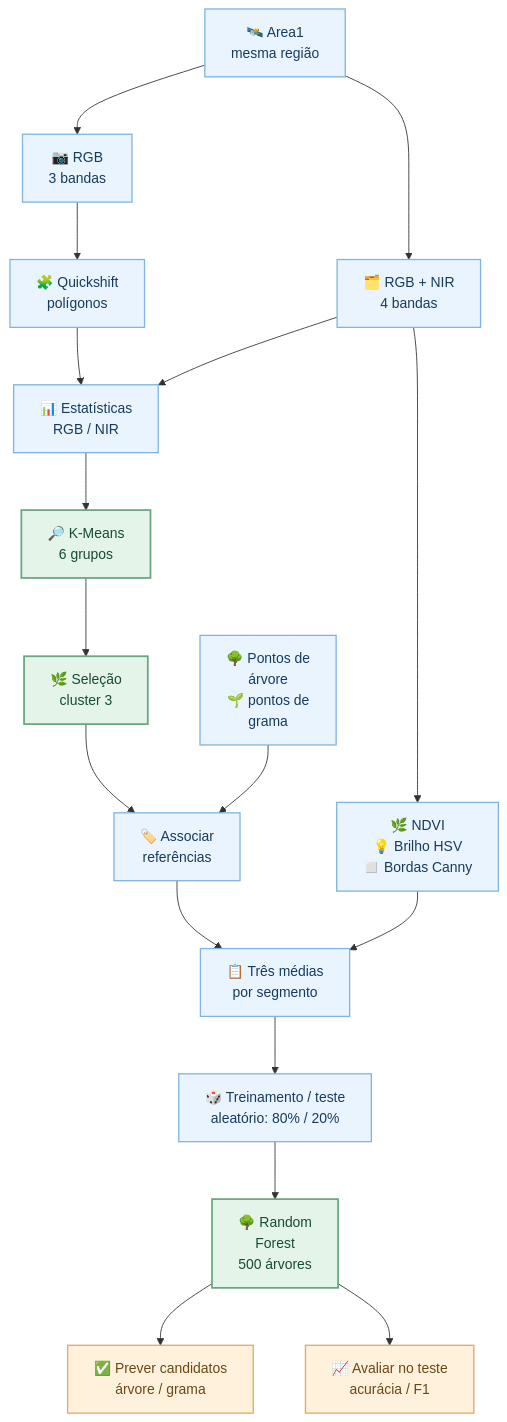
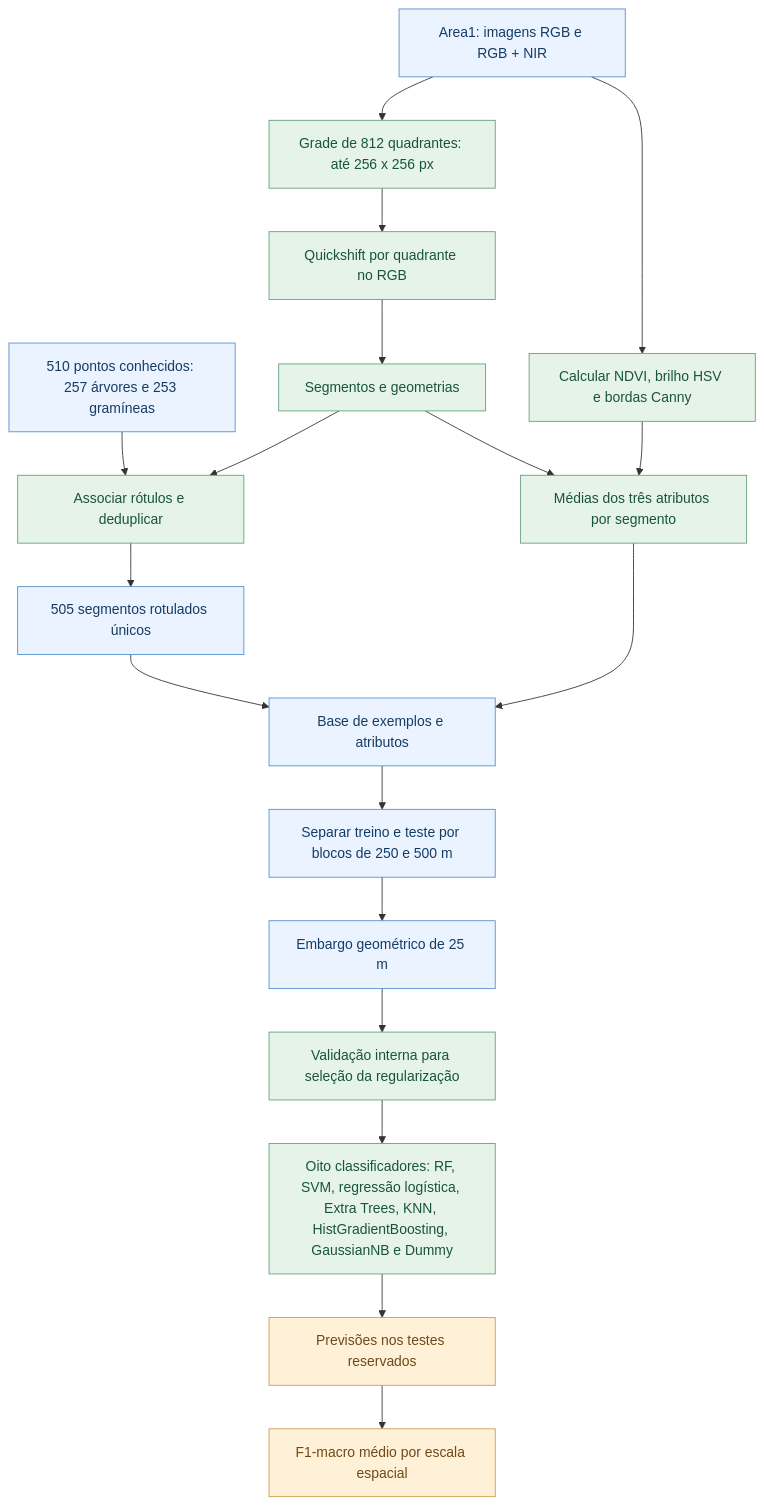
Before and after one commit to BrenoBragaGalvao/mestrado-arvores-urbanas: the diagram in README.md, drawn with Mermaid. The commit also changed other lines of this file, not shown here.

Commit message:
docs(readme): rebuild research narrative around 812-quadrant Quickshift classification and two proposals

````diff
--- a/README.md
+++ b/README.md
@@ -142,27 +128,26 @@
 ```mermaid
-%%{init: {"flowchart": {"nodeSpacing": 60, "rankSpacing": 66}, "themeVariables": {"fontFamily": "Arial, sans-serif", "fontSize": "16px"}}}%%
 flowchart TD
-    A["🛰️ Area1<br/>mesma região"] --> B["📷 RGB<br/>3 bandas"]
-    A --> C["🗂️ RGB + NIR<br/>4 bandas"]
-    B --> D["🧩 Quickshift<br/>polígonos"]
-    D --> E["📊 Estatísticas<br/>RGB / NIR"]
-    C --> E
-    E --> F["🔎 K-Means<br/>6 grupos"]
-    F --> G["🌿 Seleção<br/>cluster 3"]
-    G --> H["🏷️ Associar<br/>referências"]
-    P["🌳 Pontos de<br/>árvore<br/>🌱 pontos de<br/>grama"] --> H
-    C --> I["🌿 NDVI<br/>💡 Brilho HSV<br/>◻️ Bordas Canny"]
-    I --> J["📋 Três médias<br/>por segmento"]
-    H --> J
-    J --> T["🎲 Treinamento / teste<br/>aleatório: 80% / 20%"]
-    T --> K["🌳 Random<br/>Forest<br/>500 árvores"]
-    K --> L["✅ Prever candidatos<br/>árvore / grama"]
-    K --> M["📈 Avaliar no teste<br/>acurácia / F1"]
-
-    classDef dados fill:#eaf4ff,stroke:#80b4e2,color:#163b5d,stroke-width:1.5px;
-    classDef processamento fill:#e4f4e8,stroke:#67a681,color:#164b35,stroke-width:2px;
-    classDef resultados fill:#fff1db,stroke:#dcab68,color:#6b4714,stroke-width:1.5px;
-    class A,B,C,D,E,P,H,I,J,T dados;
-    class F,G,K processamento;
-    class L,M resultados;
+    A[Area1: imagens RGB e RGB + NIR] --> B[Grade de 812 quadrantes: até 256 x 256 px]
+    B --> C[Quickshift por quadrante no RGB]
+    C --> D[Segmentos e geometrias]
+    E[510 pontos conhecidos: 257 árvores e 253 gramíneas] --> F[Associar rótulos e deduplicar]
+    D --> F
+    F --> G[505 segmentos rotulados únicos]
+    A --> H[Calcular NDVI, brilho HSV e bordas Canny]
+    D --> I[Médias dos três atributos por segmento]
+    H --> I
+    G --> J[Base de exemplos e atributos]
+    I --> J
+    J --> K[Separar treino e teste por blocos de 250 e 500 m]
+    K --> L[Embargo geométrico de 25 m]
+    L --> M[Validação interna para seleção da regularização]
+    M --> N[Oito classificadores: RF, SVM, regressão logística, Extra Trees, KNN, HistGradientBoosting, GaussianNB e Dummy]
+    N --> O[Previsões nos testes reservados]
+    O --> P[F1-macro médio por escala espacial]
+    classDef origem fill:#eaf3ff,stroke:#548fce,color:#163c64;
+    classDef proc fill:#e6f3e9,stroke:#62a279,color:#18553a;
+    classDef saida fill:#fff0d8,stroke:#d19a4f,color:#704918;
+    class A,E,G,J,K,L origem;
+    class B,C,D,F,H,I,M,N proc;
+    class O,P saida;
 ```
````
